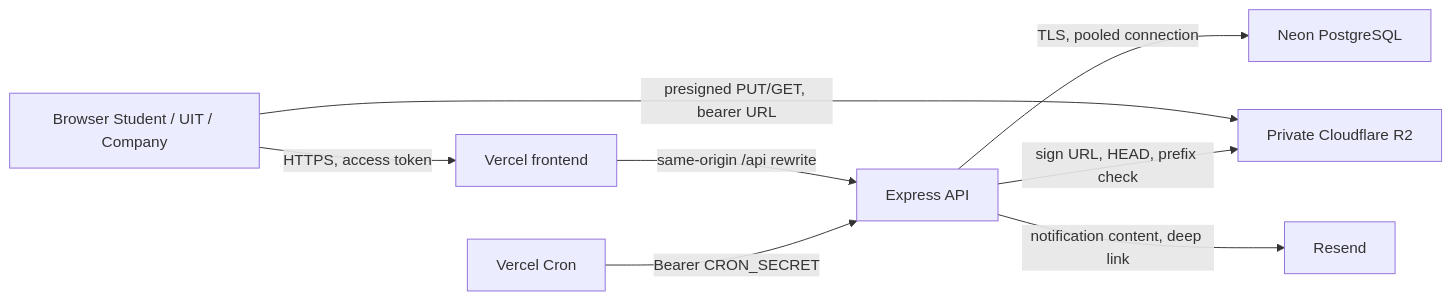
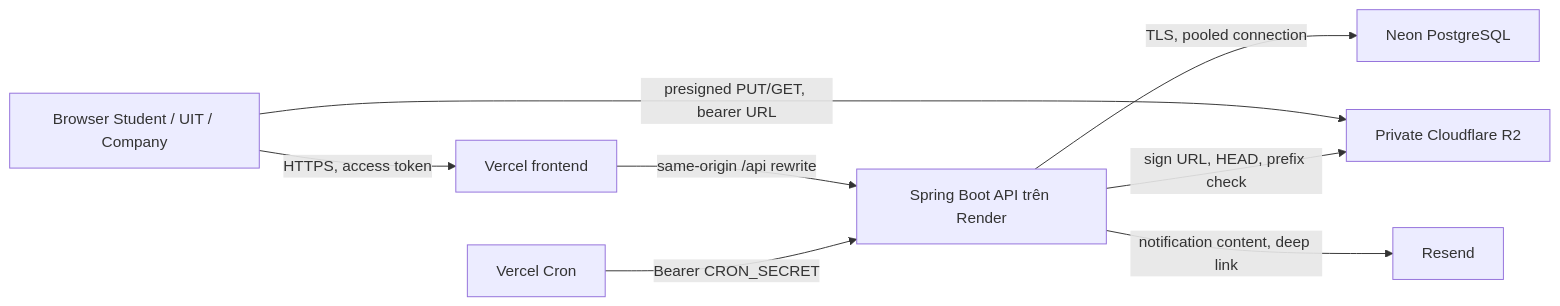
One commit to giahuy0104/uit-career-hub changed the diagram in docs/security/threat-model.md. Above: the diagram before and after it, drawn with Mermaid. The commit also changed other lines of this file and 140 other files, not shown here.

Commit message:
deploy: prepare Java API for Render

````diff
--- a/docs/security/threat-model.md
+++ b/docs/security/threat-model.md
@@ -36,10 +36,10 @@
 ```mermaid
 flowchart LR
   B["Browser Student / UIT / Company"] -->|HTTPS, access token| F["Vercel frontend"]
-  F -->|same-origin /api rewrite| A["Express API"]
+  F -->|same-origin /api rewrite| A["Spring Boot API trên Render"]
   A -->|TLS, pooled connection| N["Neon PostgreSQL"]
   B -->|presigned PUT/GET, bearer URL| R["Private Cloudflare R2"]
   A -->|sign URL, HEAD, prefix check| R
   A -->|notification content, deep link| E["Resend"]
   C["Vercel Cron"] -->|Bearer CRON_SECRET| A
 ```
````
